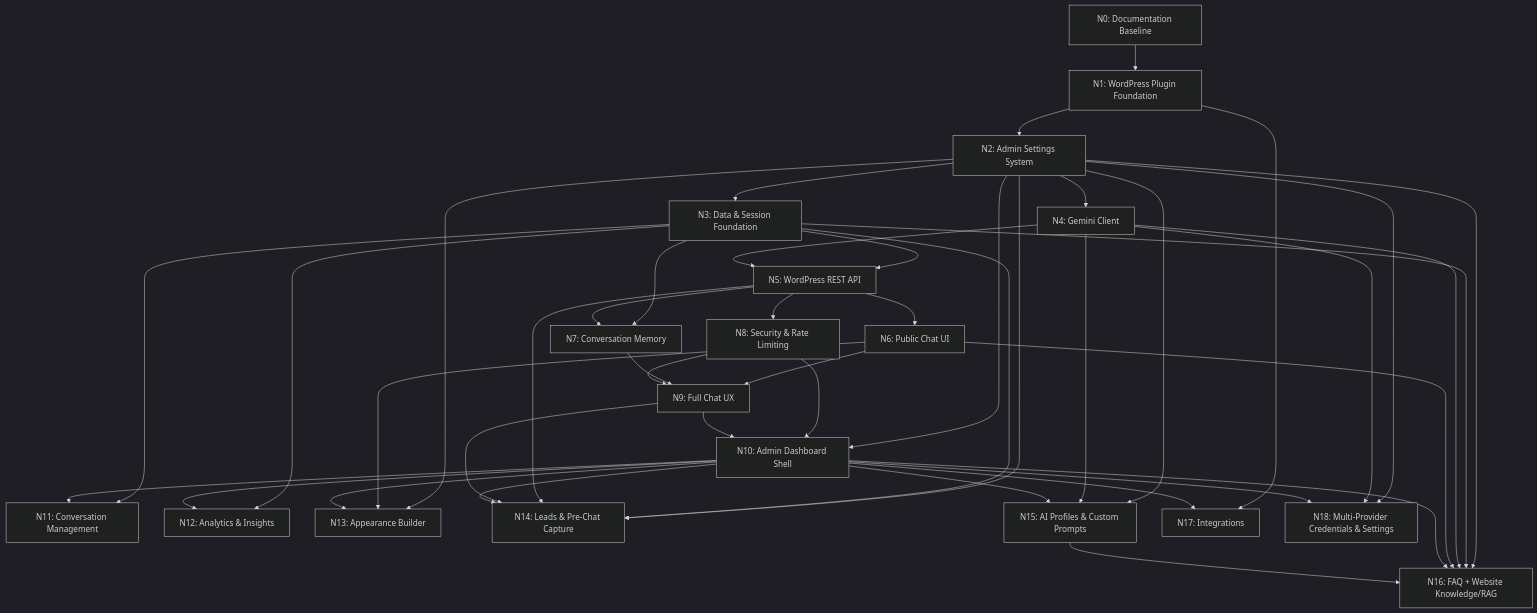
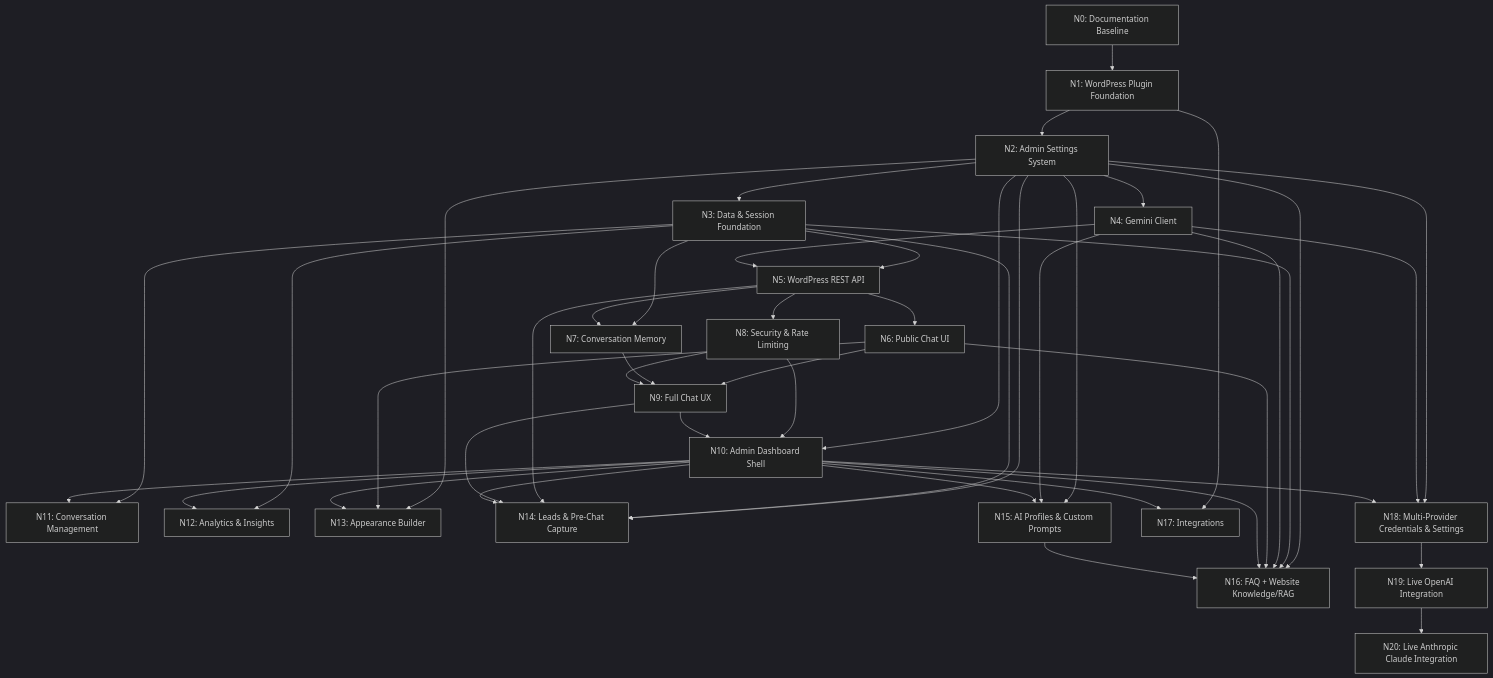
The diagram in ROADMAP.md (jattiphrswan/chatbot), drawn with Mermaid (dark theme) before and after one commit. The commit also changed other lines of this file and 14 other files, not shown here.

Commit message:
feat: complete Node N19 live OpenAI integration

````diff
--- a/ROADMAP.md
+++ b/ROADMAP.md
@@ -5,45 +5,47 @@
 ```mermaid
 flowchart TD
     N0[N0: Documentation Baseline] --> N1[N1: WordPress Plugin Foundation]
     N1 --> N2[N2: Admin Settings System]
     N2 --> N3[N3: Data & Session Foundation]
     N2 --> N4[N4: Gemini Client]
     N3 --> N5[N5: WordPress REST API]
     N4 --> N5
     N5 --> N6[N6: Public Chat UI]
     N3 --> N7[N7: Conversation Memory]
     N5 --> N7
     N5 --> N8[N8: Security & Rate Limiting]
     N6 --> N9[N9: Full Chat UX]
     N7 --> N9
     N8 --> N9
     N2 --> N10[N10: Admin Dashboard Shell]
     N8 --> N10
     N9 --> N10
     N3 --> N11[N11: Conversation Management]
     N10 --> N11
     N3 --> N12[N12: Analytics & Insights]
     N10 --> N12
     N2 --> N13[N13: Appearance Builder]
     N6 --> N13
     N10 --> N13
     N2 --> N14[N14: Leads & Pre-Chat Capture]
     N3 --> N14
     N5 --> N14
     N9 --> N14
     N10 --> N14
     N2 --> N15[N15: AI Profiles & Custom Prompts]
     N4 --> N15
     N10 --> N15
     N2 --> N16[N16: FAQ + Website Knowledge/RAG]
     N3 --> N16
     N4 --> N16
     N6 --> N16
     N10 --> N16
     N15 --> N16
     N1 --> N17[N17: Integrations]
     N10 --> N17
     N2 --> N18[N18: Multi-Provider Credentials & Settings]
     N4 --> N18
     N10 --> N18
+    N18 --> N19[N19: Live OpenAI Integration]
+    N19 --> N20[N20: Live Anthropic Claude Integration]
 ```
````
